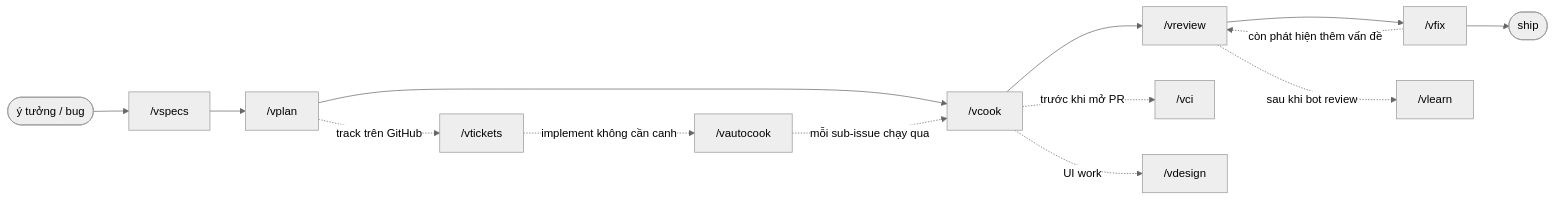
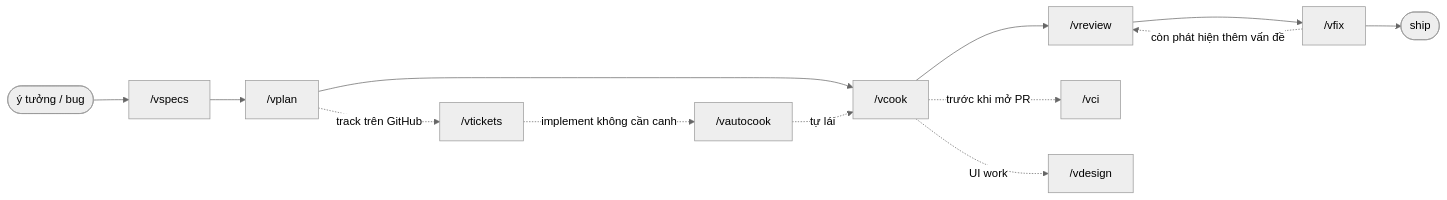
One commit to vyvu99/vskills changed the diagram in README.vi.md. Above: the diagram before and after it, drawn with Mermaid (neutral theme). The commit also changed other lines of this file and 12 other files, not shown here.

````diff
--- a/README.vi.md
+++ b/README.vi.md
@@ -41,17 +58,16 @@
 ```mermaid
 flowchart LR
     idea(["ý tưởng / bug"]) --> specs["/vspecs"]
     specs --> plan["/vplan"]
     plan --> cook["/vcook"]
     cook --> review["/vreview"]
     review --> fix["/vfix"]
     fix -. còn phát hiện thêm vấn đề .-> review
     fix --> ship(["ship"])
 
     plan -. track trên GitHub .-> tickets["/vtickets"]
     tickets -. implement không cần canh .-> auto["/vautocook"]
-    auto -. mỗi sub-issue chạy qua .-> cook
+    auto -. tự lái .-> cook
     cook -. trước khi mở PR .-> ci["/vci"]
     cook -. UI work .-> design["/vdesign"]
-    review -. sau khi bot review .-> learn["/vlearn"]
 ```
````
